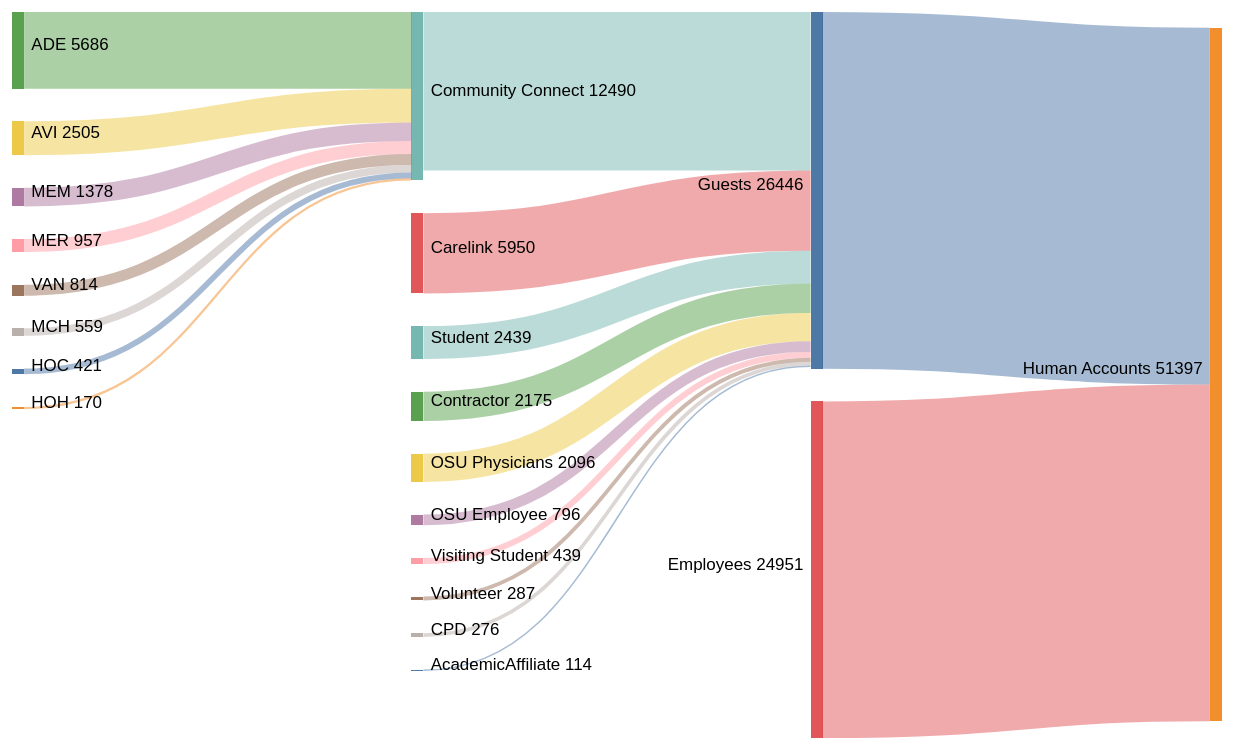
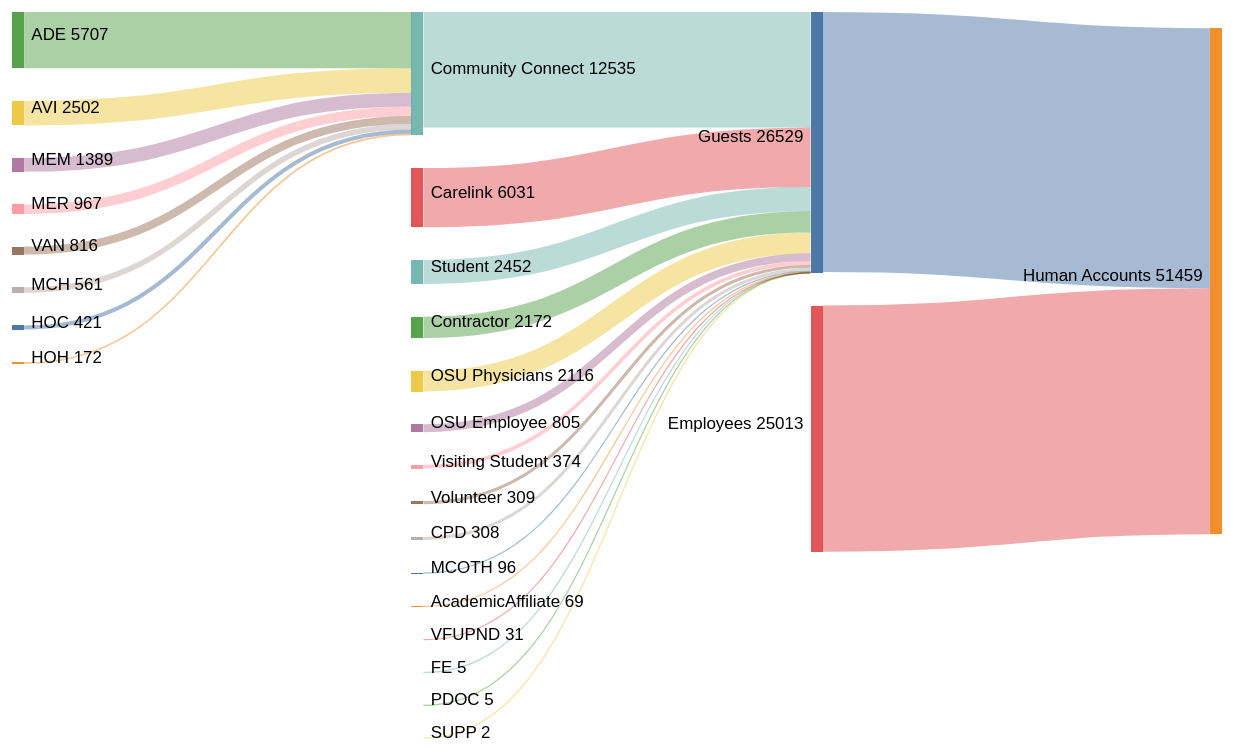
The diagram in Users.md (stahler/MermaidDiagrams), drawn with Mermaid (forest theme) before and after one commit. The commit also changed 1 other file, not shown here.

Commit message:
Added function

````diff
--- a/Users.md
+++ b/Users.md
@@ -1,34 +1,39 @@
 ```mermaid
 ---
 config:
   sankey:
     showValues: true
     linkColor: source 
     nodeAlignment: right
     width: 1000
     height: 600
 ---
 sankey-beta
 Guests,             Human Accounts,     26446
-Employees,          Human Accounts,     24951
-Community Connect,  Guests,             11741
+Employees,          Human Accounts,     25013
+Community Connect,  Guests,             11754
 
-ADE,Community Connect,5686
-AVI,Community Connect,2505
-MEM,Community Connect,1378
-MER,Community Connect,957
-VAN,Community Connect,814
-MCH,Community Connect,559
+ADE,Community Connect,5707
+AVI,Community Connect,2502
+MEM,Community Connect,1389
+MER,Community Connect,967
+VAN,Community Connect,816
+MCH,Community Connect,561
 HOC,Community Connect,421
-HOH,Community Connect,170
+HOH,Community Connect,172
 
-Carelink,           Guests,             5950
-Student,            Guests,             2439 
-Contractor,         Guests,             2175 
-OSU Physicians,     Guests,             2096 
-OSU Employee,       Guests,             796 
-Visiting Student,   Guests,             439 
-Volunteer,          Guests,             287 
-CPD,                Guests,             276
-AcademicAffiliate,  Guests,             114 
+Carelink,           Guests,             6031
+Student,            Guests,             2452 
+Contractor,         Guests,             2172 
+OSU Physicians,     Guests,             2116 
+OSU Employee,       Guests,             805 
+Visiting Student,   Guests,             374 
+Volunteer,          Guests,             309 
+CPD,                Guests,             308
+MCOTH,              Guests,             96
+AcademicAffiliate,  Guests,             69
+VFUPND,             Guests,             31
+FE,                 Guests,             5
+PDOC,               Guests,             5
+SUPP,               Guests,             2
  ```
````
